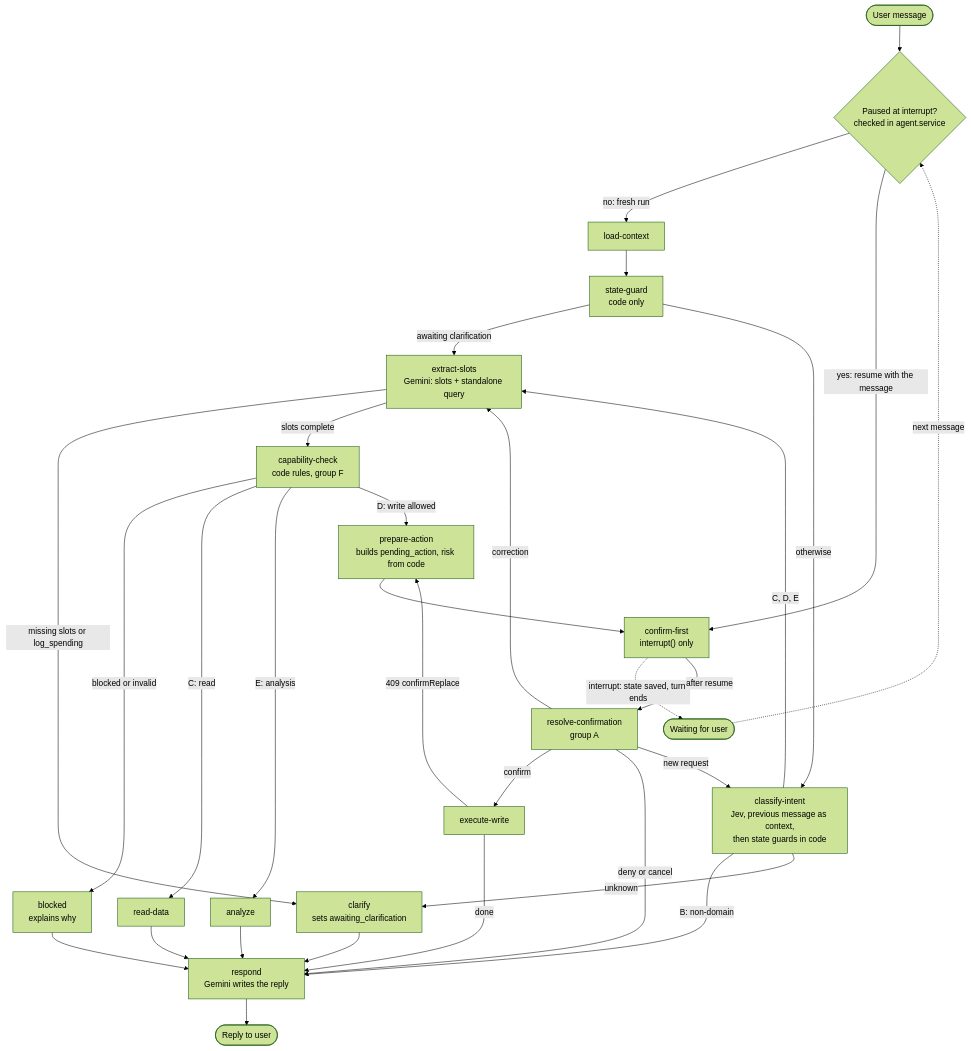
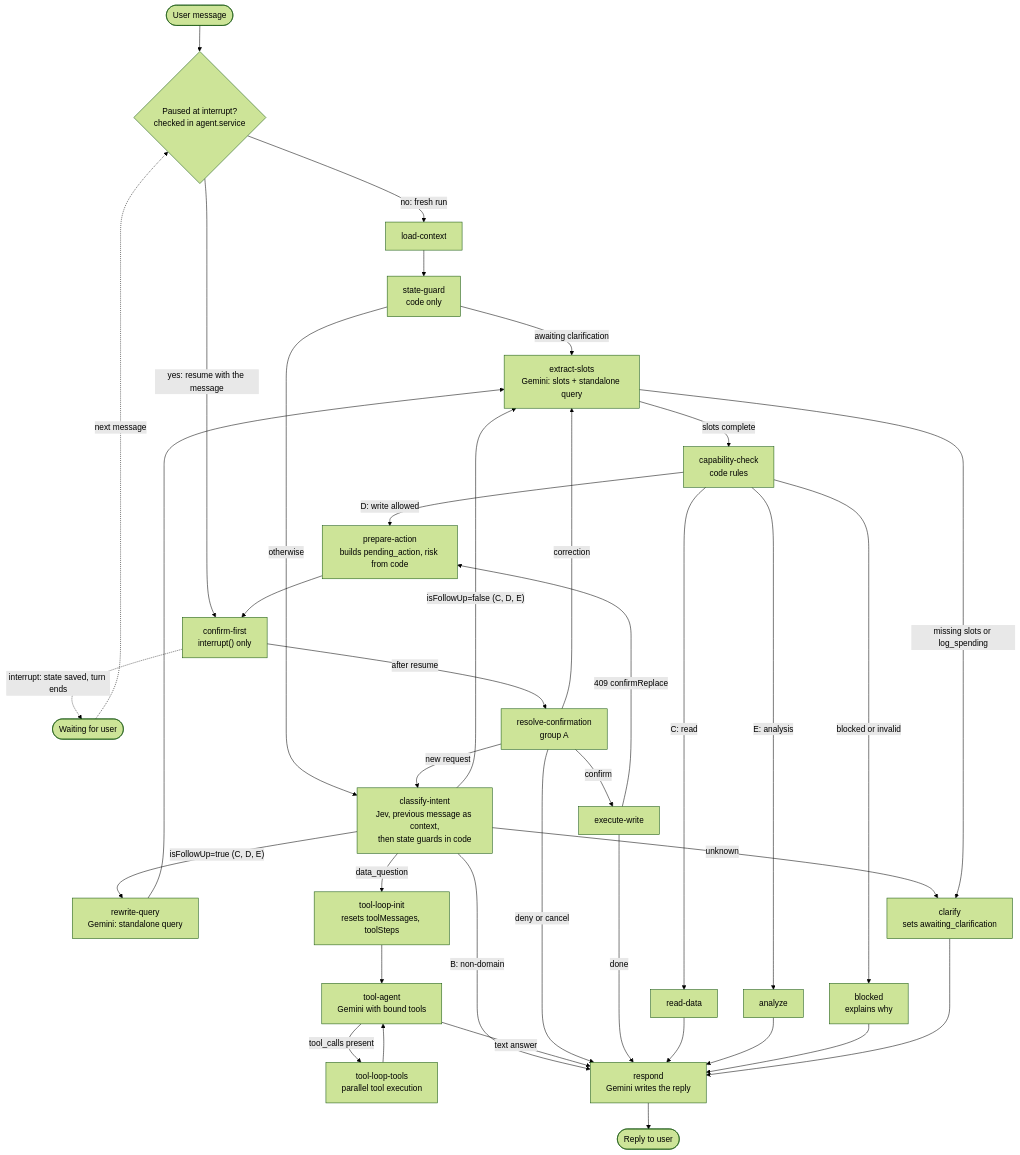
Before and after one commit to junielo/savvist-junielo: the second of 3 diagrams in docs/CHAT_ASSISTANT.md, drawn with Mermaid (forest theme). The commit also changed other lines of this file and 14 other files, not shown here.

First line of the commit message:
feat(chat): add observability and entry records to agent graph

````diff
--- a/docs/CHAT_ASSISTANT.md
+++ b/docs/CHAT_ASSISTANT.md
@@ -165,60 +184,73 @@
 ```mermaid
 flowchart TD
-    Start([User message])
+    Start(["User message"])
     Entry{"Paused at interrupt?<br/>checked in agent.service"}
     Load["load-context"]
     Guard["state-guard<br/>code only"]
     Classify["classify-intent<br/>Jev, previous message as context,<br/>then state guards in code"]
+    Rewrite["rewrite-query<br/>Gemini: standalone query"]
     Slots["extract-slots<br/>Gemini: slots + standalone query"]
     Clarify["clarify<br/>sets awaiting_clarification"]
-    Cap["capability-check<br/>code rules, group F"]
+    Cap["capability-check<br/>code rules"]
     Blocked["blocked<br/>explains why"]
     Read["read-data"]
     Analyze["analyze"]
+    ToolInit["tool-loop-init<br/>resets toolMessages, toolSteps"]
+    ToolAgent["tool-agent<br/>Gemini with bound tools"]
+    ToolTools["tool-loop-tools<br/>parallel tool execution"]
     Prepare["prepare-action<br/>builds pending_action, risk from code"]
     Confirm["confirm-first<br/>interrupt() only"]
-    Wait([Waiting for user])
+    Wait(["Waiting for user"])
     Resolve["resolve-confirmation<br/>group A"]
     Exec["execute-write"]
     Respond["respond<br/>Gemini writes the reply"]
-    End([Reply to user])
+    End(["Reply to user"])
 
     Start --> Entry
     Entry -->|"no: fresh run"| Load
     Entry -->|"yes: resume with the message"| Confirm
 
     Load --> Guard
     Guard -->|"awaiting clarification"| Slots
     Guard -->|"otherwise"| Classify
 
     Classify -->|"B: non-domain"| Respond
     Classify -->|"unknown"| Clarify
-    Classify -->|"C, D, E"| Slots
+    Classify -->|"data_question"| ToolInit
+    Classify -->|"isFollowUp=true (C, D, E)"| Rewrite
+    Classify -->|"isFollowUp=false (C, D, E)"| Slots
+
+    Rewrite --> Slots
 
     Slots -->|"missing slots or log_spending"| Clarify
     Slots -->|"slots complete"| Cap
 
     Cap -->|"blocked or invalid"| Blocked
     Cap -->|"C: read"| Read
     Cap -->|"E: analysis"| Analyze
     Cap -->|"D: write allowed"| Prepare
+
+    ToolInit --> ToolAgent
+    ToolAgent -->|"tool_calls present"| ToolTools
+    ToolAgent -->|"text answer"| Respond
+    ToolTools --> ToolAgent
 
     Prepare --> Confirm
     Confirm -.->|"interrupt: state saved, turn ends"| Wait
     Wait -.->|"next message"| Entry
     Confirm -->|"after resume"| Resolve
 
     Resolve -->|"confirm"| Exec
     Resolve -->|"deny or cancel"| Respond
     Resolve -->|"correction"| Slots
     Resolve -->|"new request"| Classify
 
     Exec -->|"409 confirmReplace"| Prepare
     Exec -->|"done"| Respond
 
     Read --> Respond
     Analyze --> Respond
     Blocked --> Respond
     Clarify --> Respond
     Respond --> End
 ```
````
